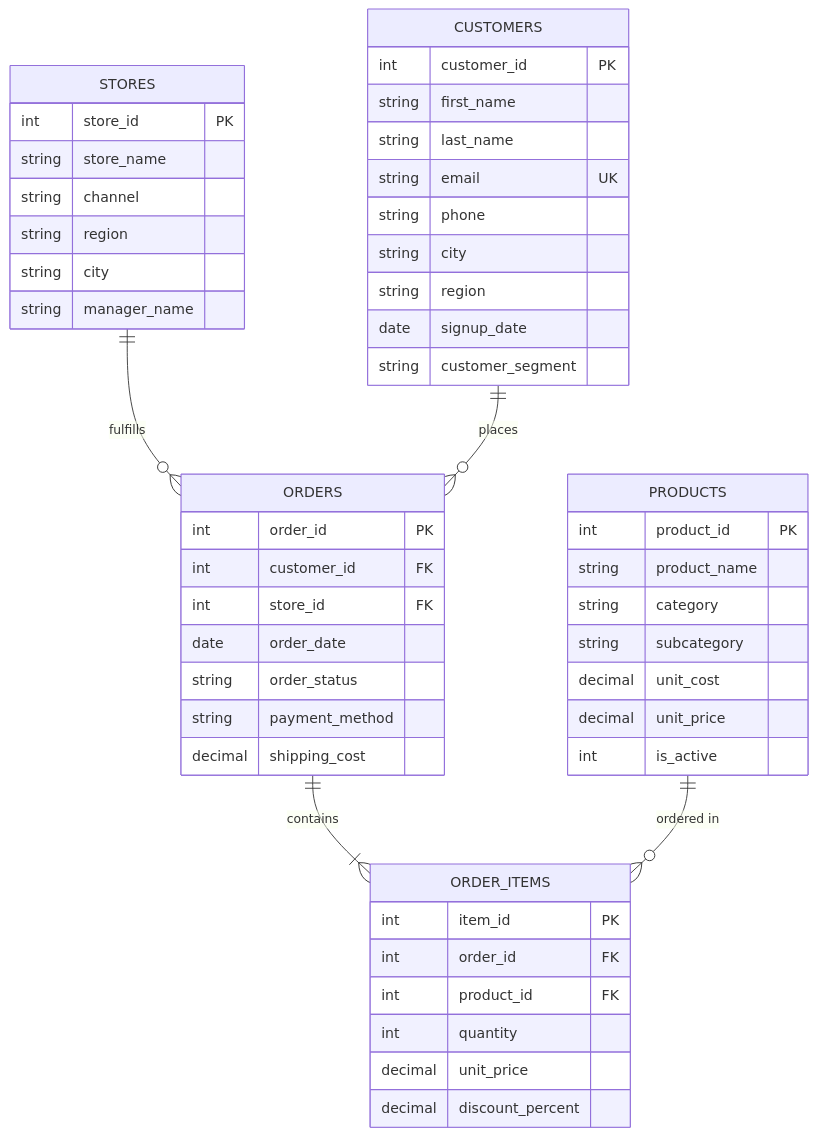
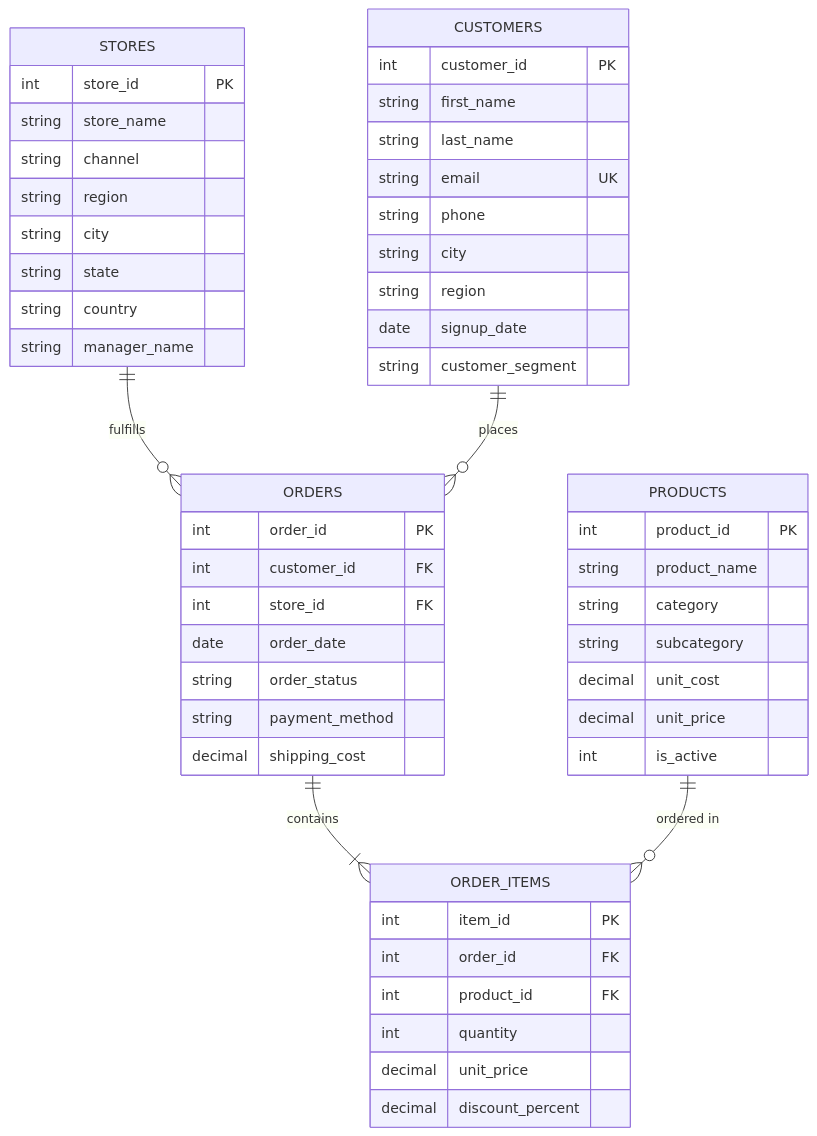
The diagram in README.md (VISHANTGARG18/project2), drawn with Mermaid before and after one commit. The commit also changed other lines of this file and 5 other files, not shown here.

````diff
--- a/README.md
+++ b/README.md
@@ -20,57 +21,59 @@
 ```mermaid
 erDiagram
     STORES ||--o{ ORDERS : "fulfills"
     CUSTOMERS ||--o{ ORDERS : "places"
     ORDERS ||--|{ ORDER_ITEMS : "contains"
     PRODUCTS ||--o{ ORDER_ITEMS : "ordered in"
 
     STORES {
         int store_id PK
         string store_name
         string channel
         string region
         string city
+        string state
+        string country
         string manager_name
     }
 
     PRODUCTS {
         int product_id PK
         string product_name
         string category
         string subcategory
         decimal unit_cost
         decimal unit_price
         int is_active
     }
 
     CUSTOMERS {
         int customer_id PK
         string first_name
         string last_name
         string email UK
         string phone
         string city
         string region
         date signup_date
         string customer_segment
     }
 
     ORDERS {
         int order_id PK
         int customer_id FK
         int store_id FK
         date order_date
         string order_status
         string payment_method
         decimal shipping_cost
     }
 
     ORDER_ITEMS {
         int item_id PK
         int order_id FK
         int product_id FK
         int quantity
         decimal unit_price
         decimal discount_percent
     }
 ```
````
